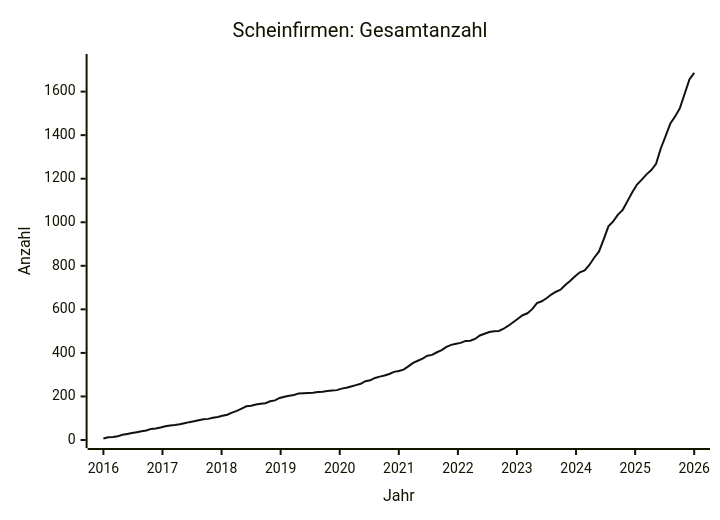
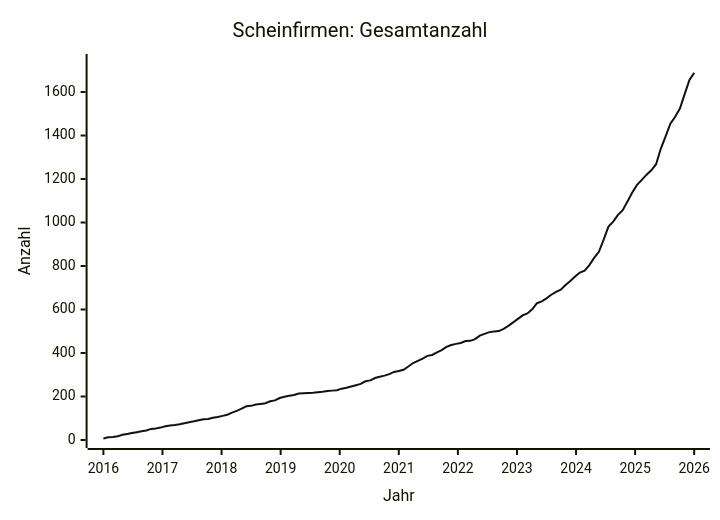
One commit to arjoma/scheinfirmen-at changed the diagram in data/STATS.md. Above: the diagram before and after it, drawn with Mermaid. The commit also changed other lines of this file and 3 other files, not shown here.

````diff
--- a/data/STATS.md
+++ b/data/STATS.md
@@ -9,13 +9,13 @@
 ```mermaid
 ---
 config:
   themeVariables:
     xyChart:
       plotColorPalette: "#111111"
 ---
 xychart-beta
     title "Scheinfirmen: Gesamtanzahl"
     x-axis "Jahr" 2016 --> 2026
-    y-axis "Anzahl" 0 --> 1736
-    line [7, 13, 14, 17, 24, 28, 32, 36, 40, 44, 51, 53, 57, 63, 67, 69, 72, 77, 82, 86, 91, 95, 97, 102, 106, 111, 116, 126, 134, 144, 155, 157, 163, 166, 169, 178, 182, 193, 199, 203, 207, 214, 215, 216, 217, 220, 222, 225, 227, 229, 236, 240, 246, 252, 258, 270, 274, 285, 291, 296, 303, 313, 317, 323, 338, 354, 364, 374, 387, 391, 403, 413, 428, 437, 442, 446, 455, 456, 464, 480, 488, 496, 499, 501, 511, 525, 541, 557, 573, 582, 601, 629, 637, 651, 668, 681, 691, 713, 731, 752, 770, 779, 804, 837, 865, 921, 981, 1004, 1035, 1057, 1097, 1138, 1173, 1196, 1220, 1240, 1268, 1340, 1396, 1454, 1486, 1524, 1590, 1656, 1686]
+    y-axis "Anzahl" 0 --> 1738
+    line [7, 13, 14, 17, 24, 28, 32, 36, 40, 44, 51, 53, 57, 63, 67, 69, 72, 77, 82, 86, 91, 95, 97, 102, 106, 111, 116, 126, 134, 144, 155, 157, 163, 166, 169, 178, 182, 193, 199, 203, 207, 214, 215, 216, 217, 220, 222, 225, 227, 229, 236, 240, 246, 252, 258, 270, 274, 285, 291, 296, 303, 313, 317, 323, 338, 354, 364, 374, 387, 391, 403, 413, 428, 437, 442, 446, 455, 456, 464, 480, 488, 496, 499, 501, 511, 525, 541, 557, 573, 582, 601, 629, 637, 651, 668, 681, 691, 713, 731, 752, 770, 779, 804, 837, 865, 921, 981, 1004, 1035, 1057, 1097, 1138, 1173, 1196, 1220, 1240, 1268, 1340, 1396, 1454, 1486, 1524, 1590, 1656, 1688]
 ```
````
